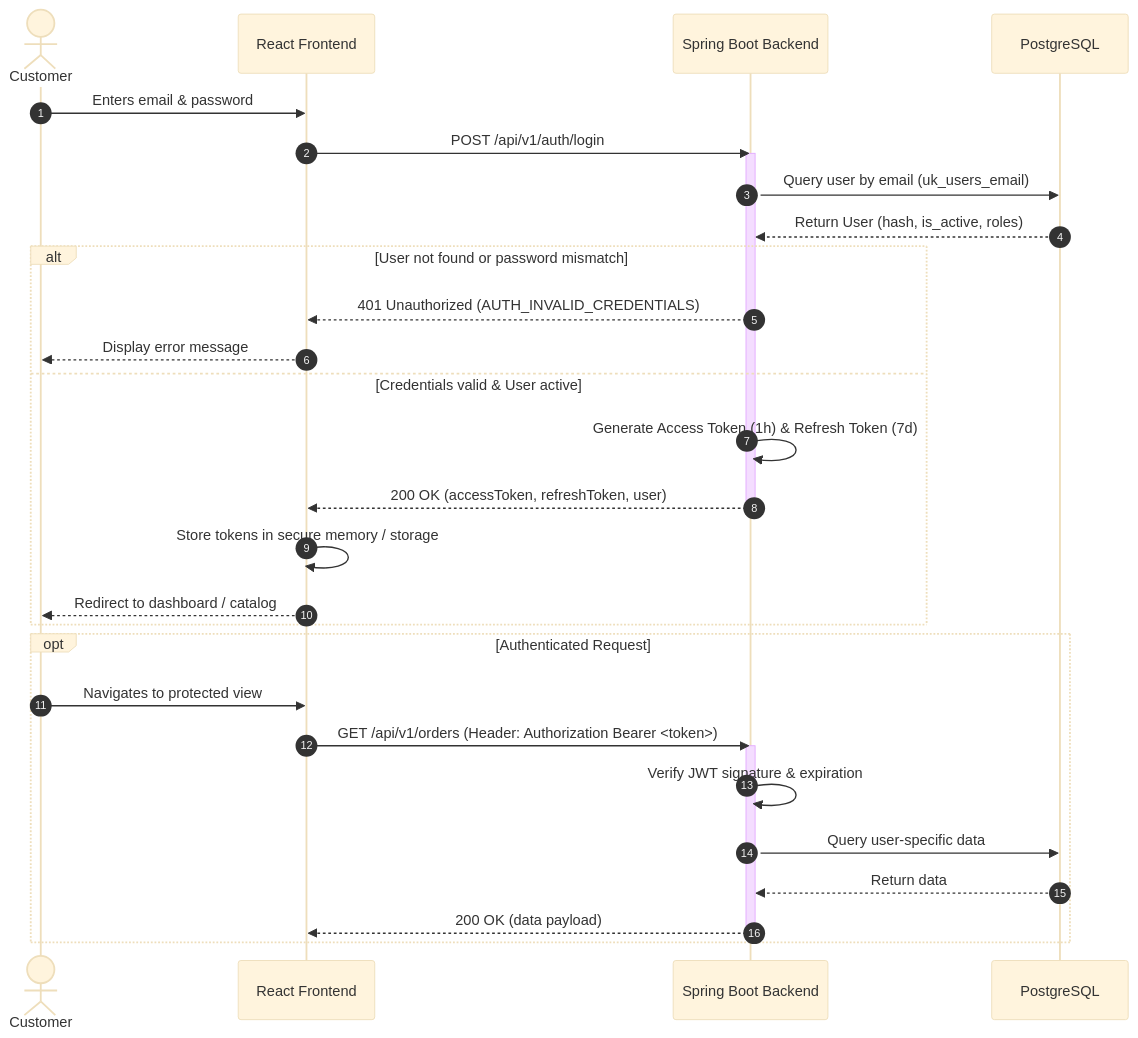
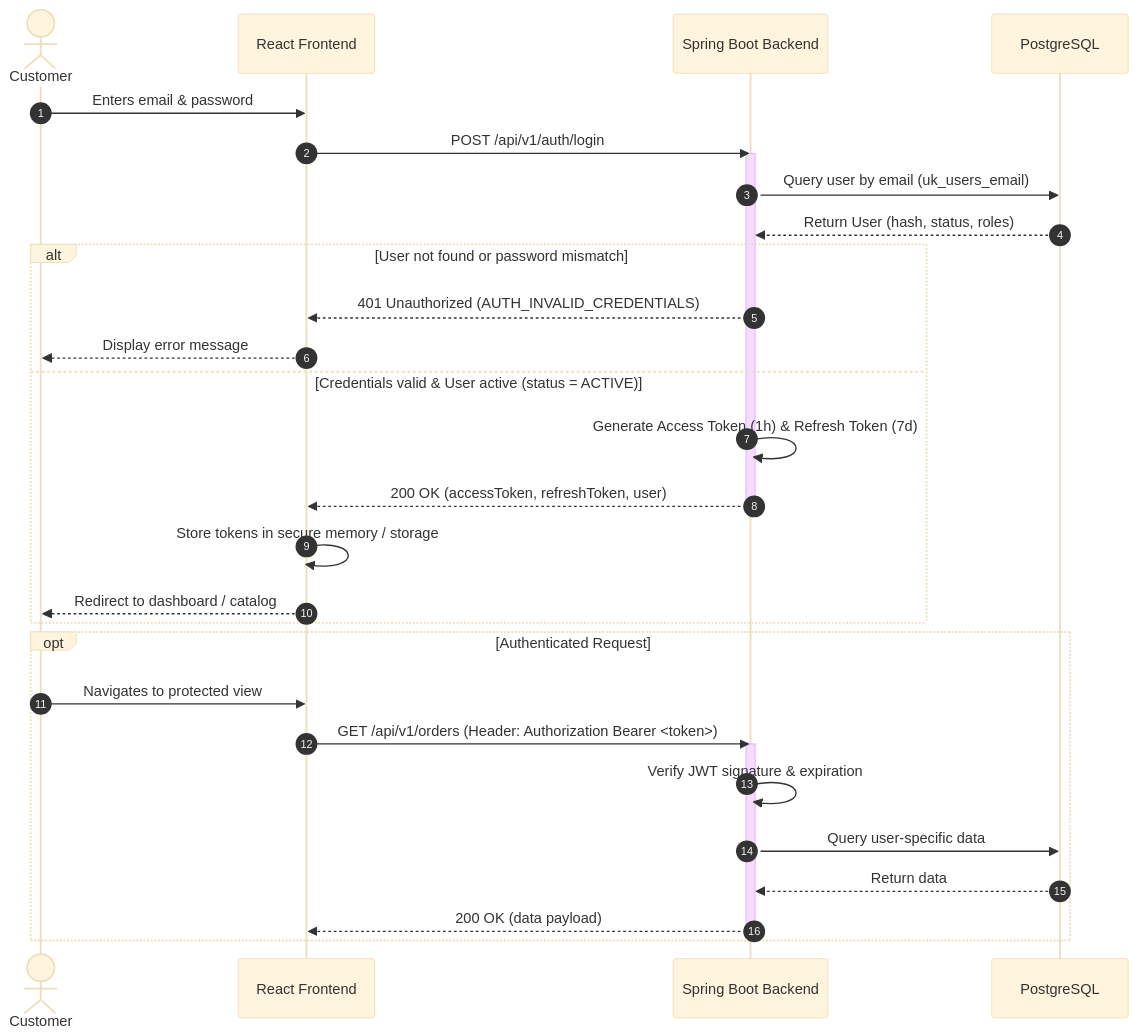
Before and after one commit to ai-tech-marketplace/ai-tech-marketplace-docs: the first of 3 diagrams in diagrams/sequence-diagrams.md, drawn with Mermaid (base theme). The commit also changed other lines of this file and 10 other files, not shown here.

Commit message:
docs: enrich business rules, payments, addresses, reviews, and schema alignment

````diff
--- a/diagrams/sequence-diagrams.md
+++ b/diagrams/sequence-diagrams.md
@@ -11,36 +11,36 @@
 ```mermaid
 sequenceDiagram
     autonumber
     actor Customer as Customer
     participant Frontend as React Frontend
     participant Backend as Spring Boot Backend
     participant DB as PostgreSQL
 
     Customer->>Frontend: Enters email & password
     Frontend->>Backend: POST /api/v1/auth/login
     activate Backend
     Backend->>DB: Query user by email (uk_users_email)
-    DB-->>Backend: Return User (hash, is_active, roles)
+    DB-->>Backend: Return User (hash, status, roles)
 
     alt User not found or password mismatch
         Backend-->>Frontend: 401 Unauthorized (AUTH_INVALID_CREDENTIALS)
         Frontend-->>Customer: Display error message
-    else Credentials valid & User active
+    else Credentials valid & User active (status = ACTIVE)
         Backend->>Backend: Generate Access Token (1h) & Refresh Token (7d)
         Backend-->>Frontend: 200 OK (accessToken, refreshToken, user)
         deactivate Backend
         Frontend->>Frontend: Store tokens in secure memory / storage
         Frontend-->>Customer: Redirect to dashboard / catalog
     end
 
     opt Authenticated Request
         Customer->>Frontend: Navigates to protected view
         Frontend->>Backend: GET /api/v1/orders (Header: Authorization Bearer <token>)
         activate Backend
         Backend->>Backend: Verify JWT signature & expiration
         Backend->>DB: Query user-specific data
         DB-->>Backend: Return data
         Backend-->>Frontend: 200 OK (data payload)
         deactivate Backend
     end
 ```
````
